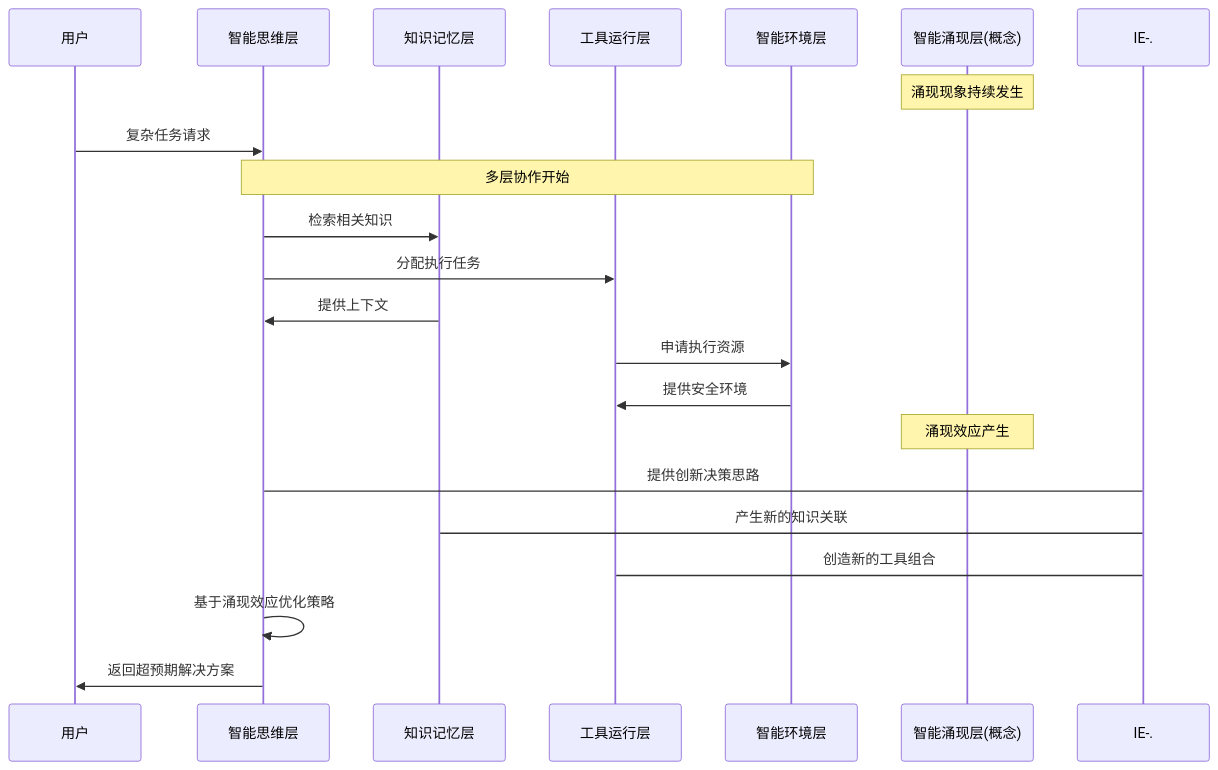
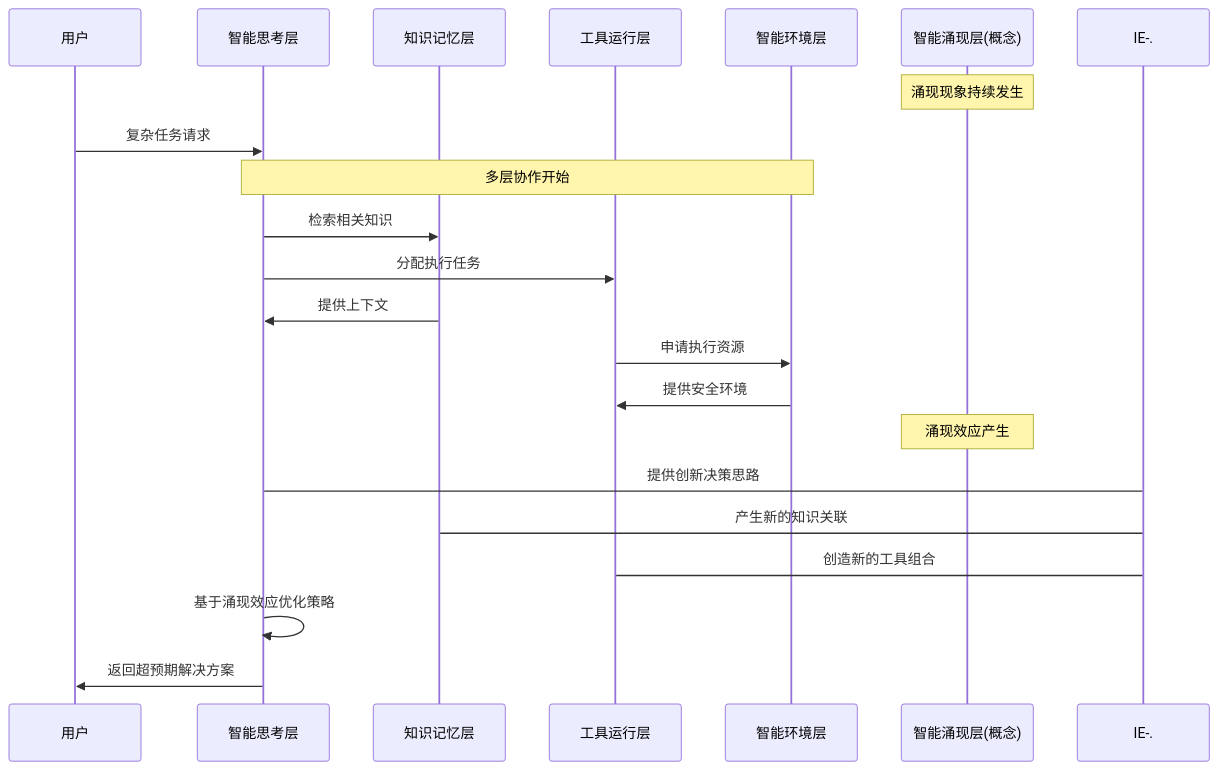
The third of 7 diagrams in 第五部分_核心进化/5.1_智能涌现/5.1.2_智能涌现层与其他核心层的关系分析.md (youyoude/agi-app-dev-guide-book), drawn with Mermaid before and after one commit. The commit also changed other lines of this file and 19 other files, not shown here.

````diff
--- a/第五部分_核心进化/5.1_智能涌现/5.1.2_智能涌现层与其他核心层的关系分析.md
+++ b/第五部分_核心进化/5.1_智能涌现/5.1.2_智能涌现层与其他核心层的关系分析.md
@@ -83,27 +83,27 @@
 ```mermaid
 sequenceDiagram
     participant U as 用户
-    participant IT as 智能思维层
+    participant IT as 智能思考层
     participant KM as 知识记忆层
     participant TR as 工具运行层
     participant ENV as 智能环境层
     participant IE as 智能涌现层(概念)
     
     Note over IE: 涌现现象持续发生
     U->>IT: 复杂任务请求
     
     Note over IT,ENV: 多层协作开始
     IT->>KM: 检索相关知识
     IT->>TR: 分配执行任务
     KM->>IT: 提供上下文
     TR->>ENV: 申请执行资源
     ENV->>TR: 提供安全环境
     
     Note over IE: 涌现效应产生
     IE-.->IT: 提供创新决策思路
     IE-.->KM: 产生新的知识关联
     IE-.->TR: 创造新的工具组合
     
     IT->>IT: 基于涌现效应优化策略
     IT->>U: 返回超预期解决方案
 ```
````
